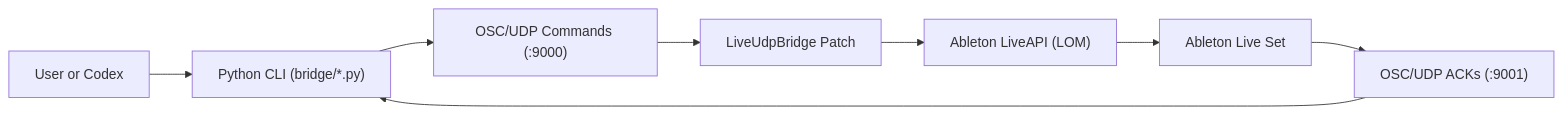
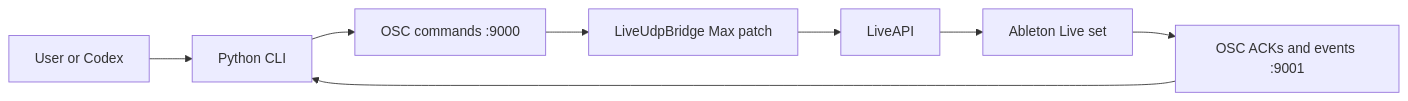
One commit to sunflower-of-parchman/codex-live-bridge changed the diagram in README.md. Above: the diagram before and after it, drawn with Mermaid. The commit also changed other lines of this file and 54 other files, not shown here.

Commit message:
Shape public Ableton bridge v3

````diff
--- a/README.md
+++ b/README.md
@@ -281,10 +126,10 @@
 ```mermaid
 flowchart LR
-  U["User or Codex"] --> P["Python CLI (bridge/*.py)"]
-  P --> C["OSC/UDP Commands (:9000)"]
-  C --> B["LiveUdpBridge Patch"]
-  B --> L["Ableton LiveAPI (LOM)"]
-  L --> A["Ableton Live Set"]
-  A --> R["OSC/UDP ACKs (:9001)"]
+  U["User or Codex"] --> P["Python CLI"]
+  P --> C["OSC commands :9000"]
+  C --> B["LiveUdpBridge Max patch"]
+  B --> L["LiveAPI"]
+  L --> A["Ableton Live set"]
+  A --> R["OSC ACKs and events :9001"]
   R --> P
 ```
````
